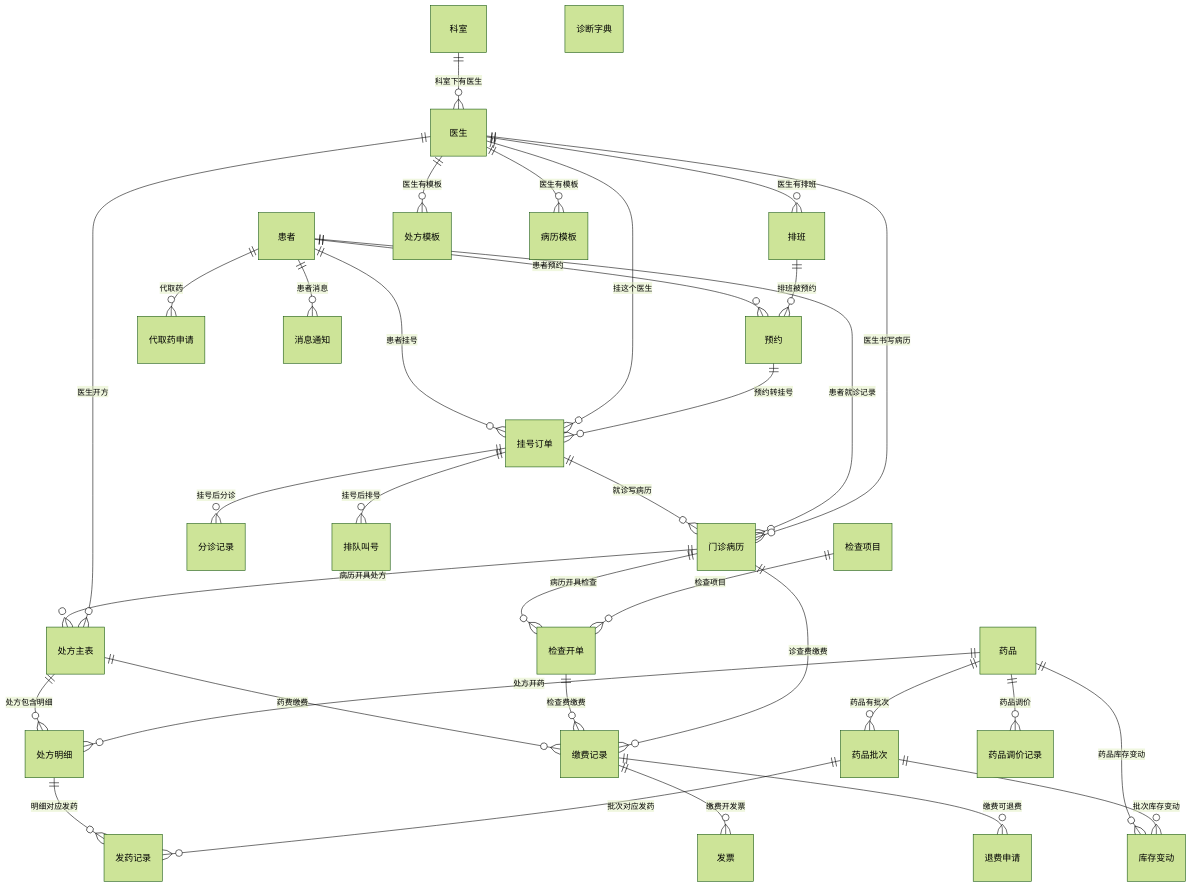
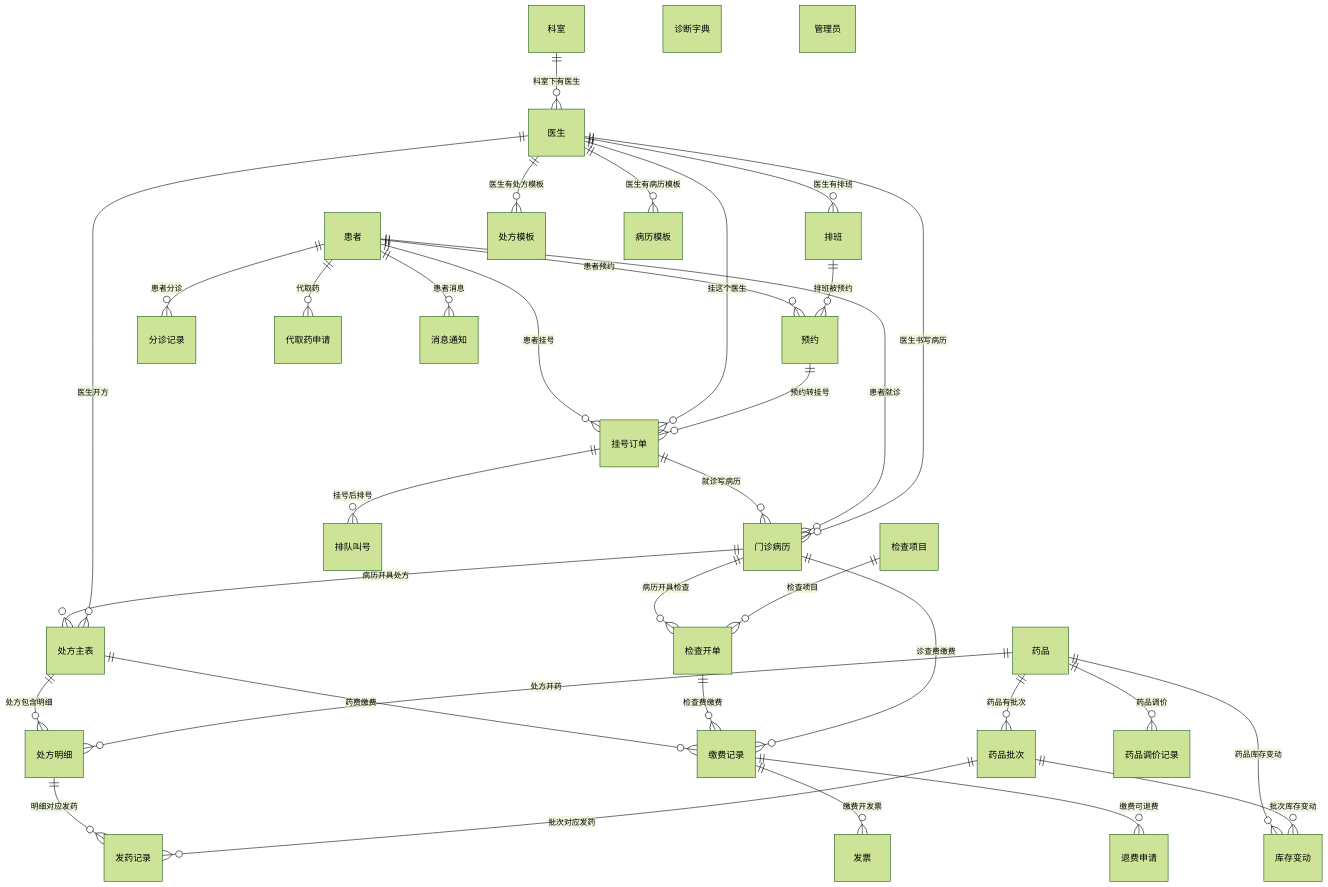
Before and after one commit to Luminary-max/hospital: the diagram in er-diagram.mmd, drawn with Mermaid (forest theme).

Commit message:
ER图补充管理员实体

```diff
--- a/er-diagram.mmd
+++ b/er-diagram.mmd
@@ -1,110 +1,114 @@
 erDiagram
     %% ===== 基础数据 =====
     科室
     医生
     患者
     药品
     检查项目
-    排班
     诊断字典
+    管理员
 
     %% ===== 排班预约 =====
+    排班
     预约
+
+    %% ===== 诊前 =====
+    分诊记录
 
     %% ===== 挂号 =====
     挂号订单
 
-    %% ===== 诊前 =====
-    分诊记录
+    %% ===== 候诊 =====
     排队叫号
 
     %% ===== 医生接诊 =====
     门诊病历
 
     %% ===== 医生开立 =====
     处方主表
     处方明细
     检查开单
 
     %% ===== 缴费 =====
     缴费记录
 
     %% ===== 药房发药 =====
     发药记录
 
     %% ===== 票据 =====
     发票
     退费申请
 
     %% ===== 辅助 =====
     处方模板
     病历模板
-    预约
     代取药申请
     消息通知
 
     %% ===== 库存 =====
     药品批次
     库存变动
     药品调价记录
 
     %% ===================================================================
-    %% 关系定义（完全按照实际业务流程）
+    %% 关系定义
     %% ===================================================================
 
-    %% 医院基础架构
+    %% 基础架构
     科室 ||--o{ 医生 : "科室下有医生"
     医生 ||--o{ 排班 : "医生有排班"
 
     %% 预约
     患者 ||--o{ 预约 : "患者预约"
     排班 ||--o{ 预约 : "排班被预约"
 
+    %% 分诊（挂号前，导诊台确定科室）
+    患者 ||--o{ 分诊记录 : "患者分诊"
+
     %% 挂号
     患者 ||--o{ 挂号订单 : "患者挂号"
     医生 ||--o{ 挂号订单 : "挂这个医生"
     预约 ||--o{ 挂号订单 : "预约转挂号"
 
-    %% 诊前
-    挂号订单 ||--o{ 分诊记录 : "挂号后分诊"
+    %% 候诊（挂号后排队）
     挂号订单 ||--o{ 排队叫号 : "挂号后排号"
 
     %% 医生接诊写病历
     挂号订单 ||--o{ 门诊病历 : "就诊写病历"
-    患者 ||--o{ 门诊病历 : "患者就诊记录"
+    患者 ||--o{ 门诊病历 : "患者就诊"
     医生 ||--o{ 门诊病历 : "医生书写病历"
 
-    %% 医生开处方（基于病历的诊断）
+    %% 医生开处方
     门诊病历 ||--o{ 处方主表 : "病历开具处方"
     医生 ||--o{ 处方主表 : "医生开方"
     处方主表 ||--o{ 处方明细 : "处方包含明细"
     药品 ||--o{ 处方明细 : "处方开药"
 
-    %% 医生开检查（基于病历的诊断）
+    %% 医生开检查
     门诊病历 ||--o{ 检查开单 : "病历开具检查"
     检查项目 ||--o{ 检查开单 : "检查项目"
 
-    %% 缴费（按费用来源）
+    %% 缴费
     处方主表 ||--o{ 缴费记录 : "药费缴费"
     检查开单 ||--o{ 缴费记录 : "检查费缴费"
     门诊病历 ||--o{ 缴费记录 : "诊查费缴费"
 
-    %% 药房发药（执行处方）
+    %% 发药
     处方明细 ||--o{ 发药记录 : "明细对应发药"
 
     %% 票据
     缴费记录 ||--o{ 发票 : "缴费开发票"
     缴费记录 ||--o{ 退费申请 : "缴费可退费"
 
     %% 库存
     药品 ||--o{ 药品批次 : "药品有批次"
     药品批次 ||--o{ 发药记录 : "批次对应发药"
     药品 ||--o{ 库存变动 : "药品库存变动"
     药品批次 ||--o{ 库存变动 : "批次库存变动"
     药品 ||--o{ 药品调价记录 : "药品调价"
 
     %% 辅助
-    医生 ||--o{ 处方模板 : "医生有模板"
-    医生 ||--o{ 病历模板 : "医生有模板"
+    医生 ||--o{ 处方模板 : "医生有处方模板"
+    医生 ||--o{ 病历模板 : "医生有病历模板"
     患者 ||--o{ 消息通知 : "患者消息"
     患者 ||--o{ 代取药申请 : "代取药"
```
